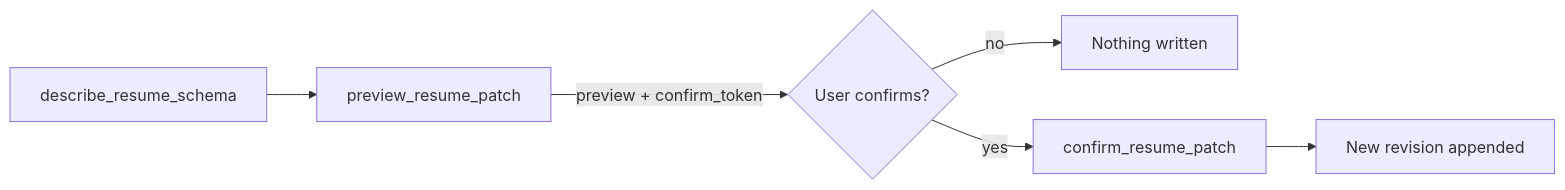
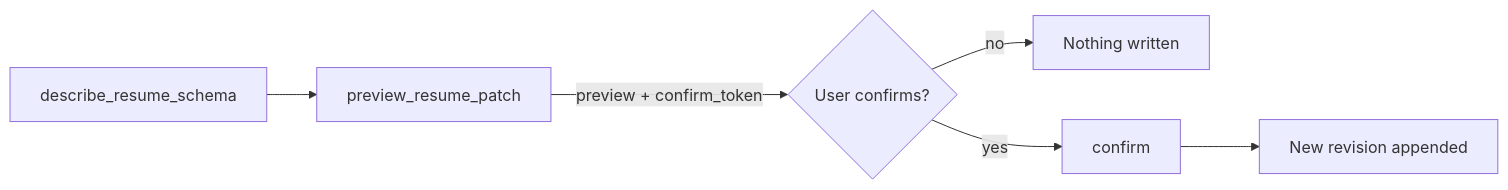
The second of 4 diagrams in docs/document-types.md (tristankerner/resume-cv-mcp-api), drawn with Mermaid before and after one commit. The commit also changed other lines of this file and 14 other files, not shown here.

````diff
--- a/docs/document-types.md
+++ b/docs/document-types.md
@@ -50,8 +50,8 @@
 ```mermaid
 flowchart LR
     D[describe_resume_schema] --> P[preview_resume_patch]
     P -->|preview + confirm_token| U{User confirms?}
     U -->|no| X[Nothing written]
-    U -->|yes| C[confirm_resume_patch]
+    U -->|yes| C[confirm]
     C --> R[New revision appended]
 ```
````
